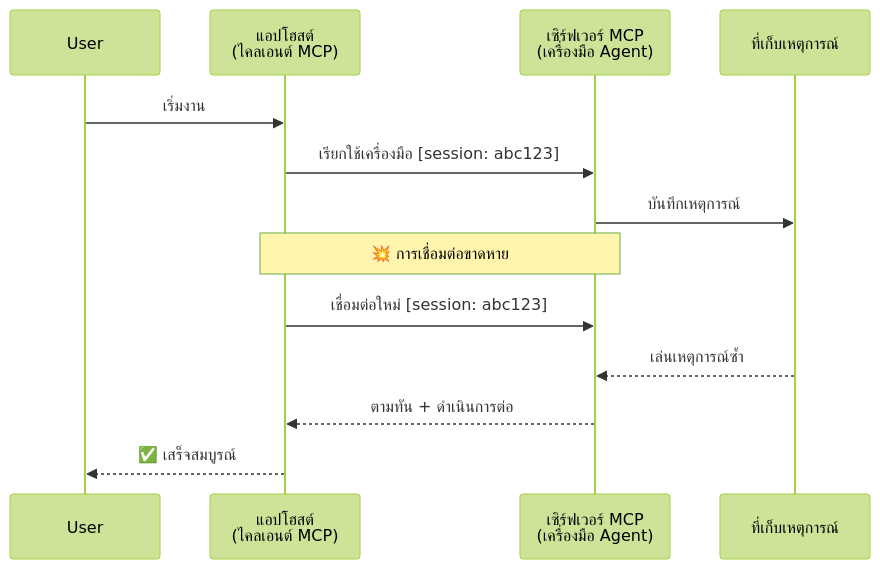
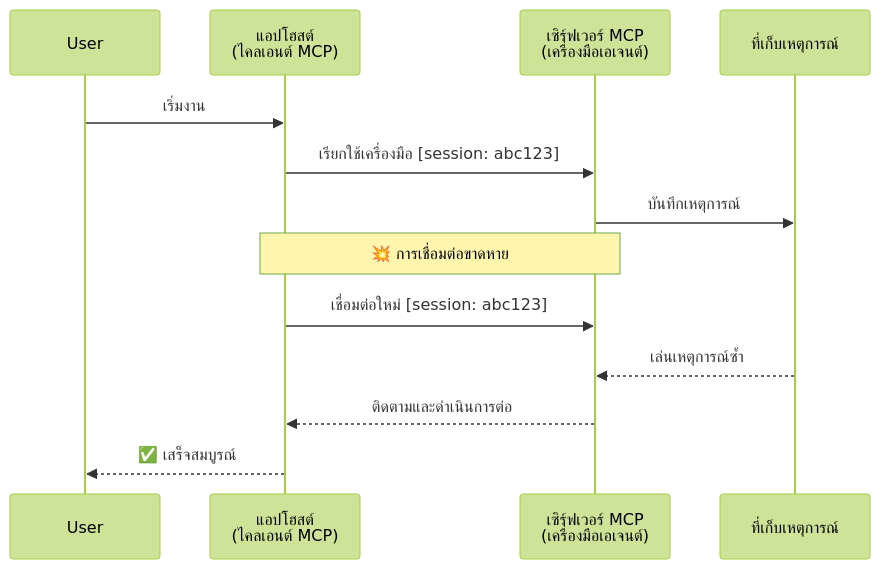
One commit to gabrielmoreira/agent-skills-mirror changed the second of 5 diagrams in mirrors/repos/microsoft@ai-agents-for-beginners/translations/th/11-agentic-protocols/code_samples/mcp-agents/README.md. Above: the diagram before and after it, drawn with Mermaid (forest theme). The commit also changed other lines of this file and 4262 other files, not shown here.

````diff
--- a/mirrors/repos/microsoft@ai-agents-for-beginners/translations/th/11-agentic-protocols/code_samples/mcp-agents/README.md
+++ b/mirrors/repos/microsoft@ai-agents-for-beginners/translations/th/11-agentic-protocols/code_samples/mcp-agents/README.md
@@ -82,18 +82,18 @@
 ```mermaid
 sequenceDiagram
     participant User
     participant Host as แอปโฮสต์<br/>(ไคลเอนต์ MCP)
-    participant Server as เซิร์ฟเวอร์ MCP<br/>(เครื่องมือ Agent)
+    participant Server as เซิร์ฟเวอร์ MCP<br/>(เครื่องมือเอเจนต์)
     participant Store as ที่เก็บเหตุการณ์
 
     User->>Host: เริ่มงาน
     Host->>Server: เรียกใช้เครื่องมือ [session: abc123]
     Server->>Store: บันทึกเหตุการณ์
 
     Note over Host,Server: 💥 การเชื่อมต่อขาดหาย
 
     Host->>Server: เชื่อมต่อใหม่ [session: abc123]
     Store-->>Server: เล่นเหตุการณ์ซ้ำ
-    Server-->>Host: ตามทัน + ดำเนินการต่อ
+    Server-->>Host: ติดตามและดำเนินการต่อ
     Host-->>User: ✅ เสร็จสมบูรณ์
 ```
````
